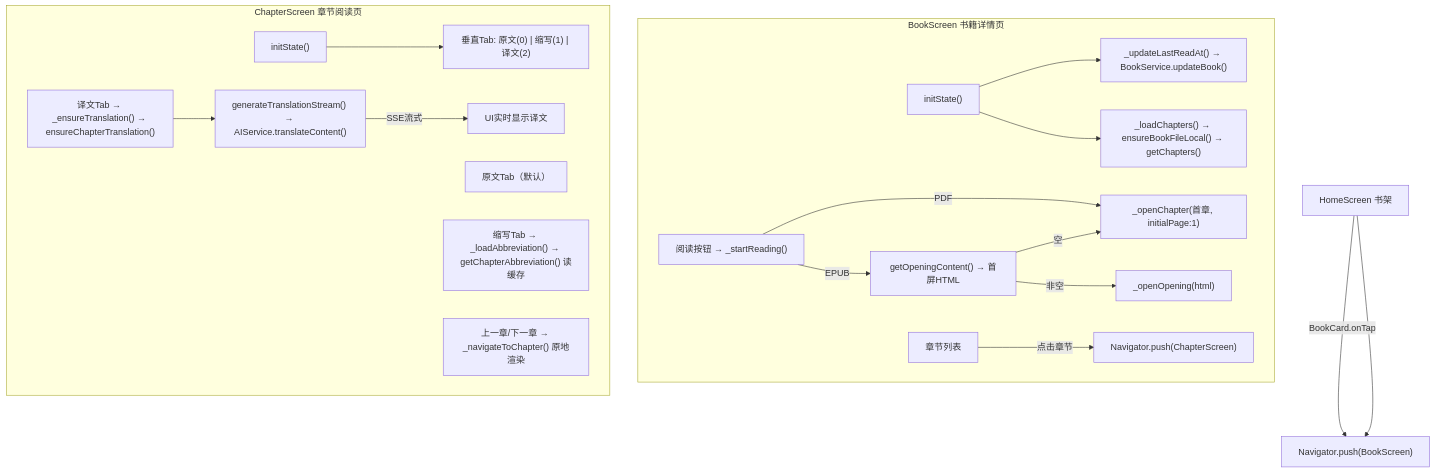
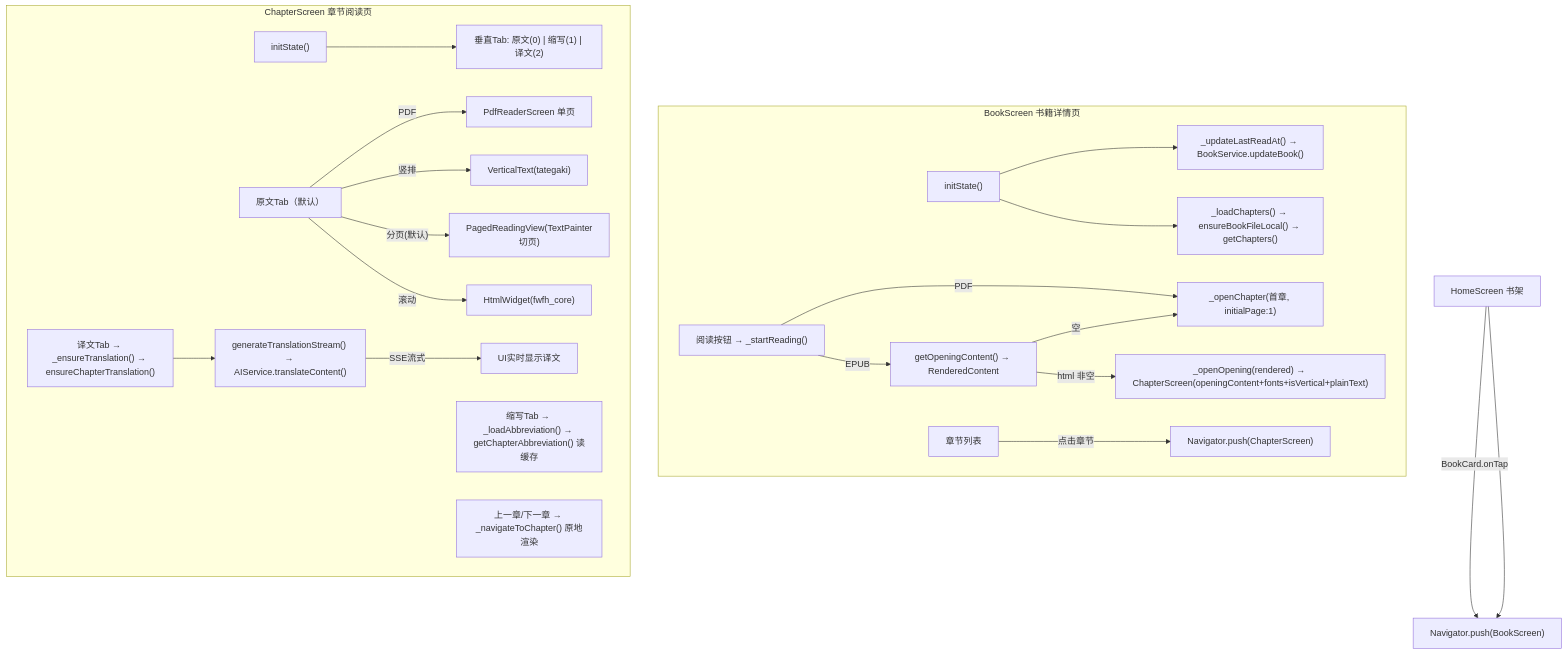
Before and after one commit to jjzhang2000/zhidu: the third of 11 diagrams in docs/function_call_relationships_visual.md, drawn with Mermaid. The commit also changed other lines of this file and 11 other files, not shown here.

First line of the commit message:
feat: EPUB 显示能力改进（渲染器/CSS引擎/字体/图片/竖排/分页）

````diff
--- a/docs/function_call_relationships_visual.md
+++ b/docs/function_call_relationships_visual.md
@@ -160,28 +160,32 @@
 ```mermaid
 flowchart TD
     HOME["HomeScreen 书架"] --> |"BookCard.onTap"| BOOK_SCREEN["Navigator.push(BookScreen)"]
 
     subgraph "BookScreen 书籍详情页"
         BS_INIT["initState()"] --> LU["_updateLastReadAt() → BookService.updateBook()"]
         BS_INIT --> EL["_loadChapters() → ensureBookFileLocal() → getChapters()"]
         READ["阅读按钮 → _startReading()"]
         READ --> |"PDF"| OPEN1["_openChapter(首章, initialPage:1)"]
-        READ --> |"EPUB"| OPEN2["getOpeningContent() → 首屏HTML"]
-        OPEN2 --> |"非空"| OPEN3["_openOpening(html)"]
+        READ --> |"EPUB"| OPEN2["getOpeningContent() → RenderedContent"]
+        OPEN2 --> |"html 非空"| OPEN3["_openOpening(rendered) → ChapterScreen(openingContent+fonts+isVertical+plainText)"]
         OPEN2 --> |"空"| OPEN1
         CHAPTER_LIST["章节列表"] --> |"点击章节"| CHAPTER_SCREEN["Navigator.push(ChapterScreen)"]
     end
 
     subgraph "ChapterScreen 章节阅读页"
         CS_INIT["initState()"] --> TAB["垂直Tab: 原文(0) | 缩写(1) | 译文(2)"]
         TAB_ORIG["原文Tab（默认）"]
+        TAB_ORIG --> |"PDF"| ORIG_PDF["PdfReaderScreen 单页"]
+        TAB_ORIG --> |"竖排"| ORIG_VERT["VerticalText(tategaki)"]
+        TAB_ORIG --> |"分页(默认)"| ORIG_PAGE["PagedReadingView(TextPainter切页)"]
+        TAB_ORIG --> |"滚动"| ORIG_SCROLL["HtmlWidget(fwfh_core)"]
         TAB_ABBR["缩写Tab → _loadAbbreviation() → getChapterAbbreviation() 读缓存"]
         TAB_TRANS["译文Tab → _ensureTranslation() → ensureChapterTranslation()"]
         NAV["上一章/下一章 → _navigateToChapter() 原地渲染"]
 
         TAB_TRANS --> TRANS["generateTranslationStream() → AIService.translateContent()"]
         TRANS --> |"SSE流式"| TRANS_UI["UI实时显示译文"]
     end
 
     HOME --> BOOK_SCREEN
 ```
````
